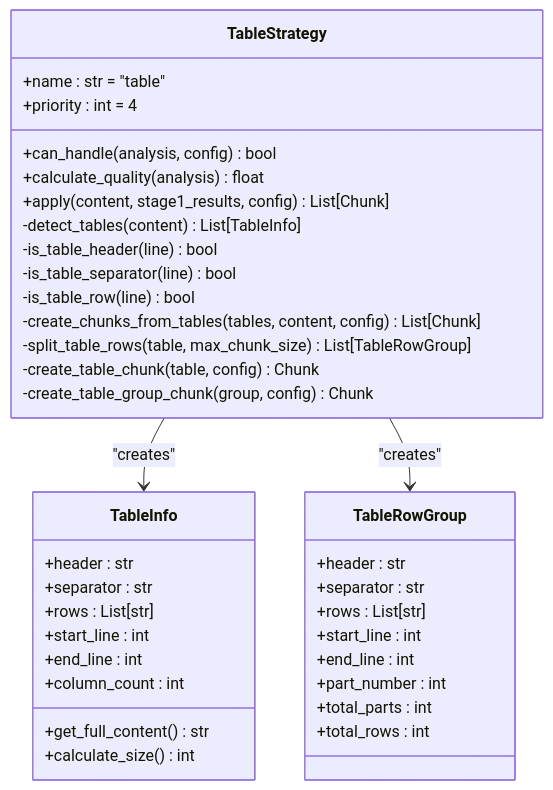
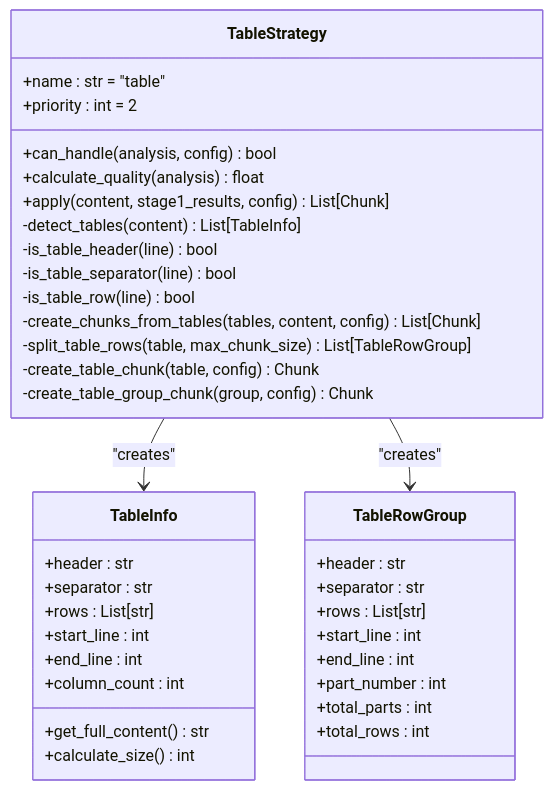
Before and after one commit to asukhodko/dify-markdown-chunker: the second of 5 diagrams in .qoder/repowiki/en/content/Chunking Strategies/Chunking Strategies.md, drawn with Mermaid. The commit also changed other lines of this file and 6 other files, not shown here.

First line of the commit message:
docs(architecture): add detailed architecture audit and redesign documentation

````diff
--- a/.qoder/repowiki/en/content/Chunking Strategies/Chunking Strategies.md
+++ b/.qoder/repowiki/en/content/Chunking Strategies/Chunking Strategies.md
@@ -254,40 +117,40 @@
 ```mermaid
 classDiagram
 class TableStrategy {
 +name : str = "table"
-+priority : int = 4
++priority : int = 2
 +can_handle(analysis, config) bool
 +calculate_quality(analysis) float
 +apply(content, stage1_results, config) List[Chunk]
 -detect_tables(content) List[TableInfo]
 -is_table_header(line) bool
 -is_table_separator(line) bool
 -is_table_row(line) bool
 -create_chunks_from_tables(tables, content, config) List[Chunk]
 -split_table_rows(table, max_chunk_size) List[TableRowGroup]
 -create_table_chunk(table, config) Chunk
 -create_table_group_chunk(group, config) Chunk
 }
 class TableInfo {
 +header : str
 +separator : str
 +rows : List[str]
 +start_line : int
 +end_line : int
 +column_count : int
 +get_full_content() str
 +calculate_size() int
 }
 class TableRowGroup {
 +header : str
 +separator : str
 +rows : List[str]
 +start_line : int
 +end_line : int
 +part_number : int
 +total_parts : int
 +total_rows : int
 }
 TableStrategy --> TableInfo : "creates"
 TableStrategy --> TableRowGroup : "creates"
 ```
````
